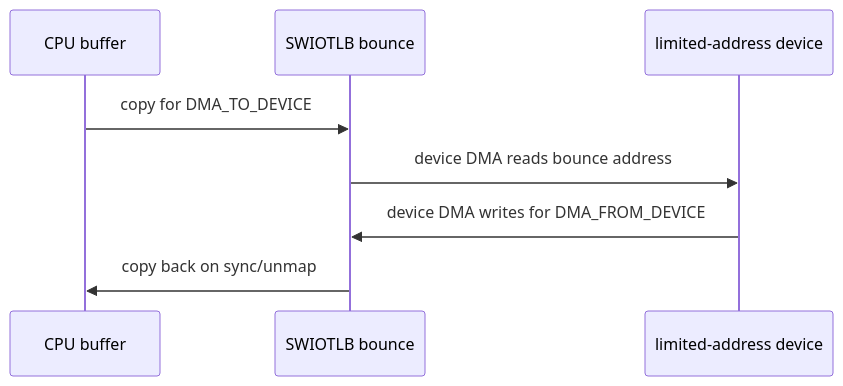
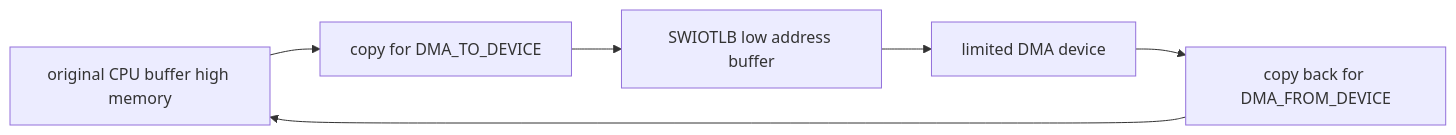
One commit to cdragon-ljl/EEandEdgeAI changed the third of 4 diagrams in docs/articles/pcie/pci-10-iommu-swiotlb-ats-pasid-sva.md. Above: the diagram before and after it, drawn with Mermaid. The commit also changed other lines of this file and 4 other files, not shown here.

````diff
--- a/docs/articles/pcie/pci-10-iommu-swiotlb-ats-pasid-sva.md
+++ b/docs/articles/pcie/pci-10-iommu-swiotlb-ats-pasid-sva.md
@@ -223,10 +113,8 @@
 ```mermaid
-sequenceDiagram
-    participant CPU as CPU buffer
-    participant SW as SWIOTLB bounce
-    participant DEV as limited-address device
-    CPU->>SW: copy for DMA_TO_DEVICE
-    SW->>DEV: device DMA reads bounce address
-    DEV->>SW: device DMA writes for DMA_FROM_DEVICE
-    SW->>CPU: copy back on sync/unmap
+flowchart LR
+    CPU[original CPU buffer high memory] --> COPY1[copy for DMA_TO_DEVICE]
+    COPY1 --> BOUNCE[SWIOTLB low address buffer]
+    BOUNCE --> DEV[limited DMA device]
+    DEV --> COPY2[copy back for DMA_FROM_DEVICE]
+    COPY2 --> CPU
 ```
````
